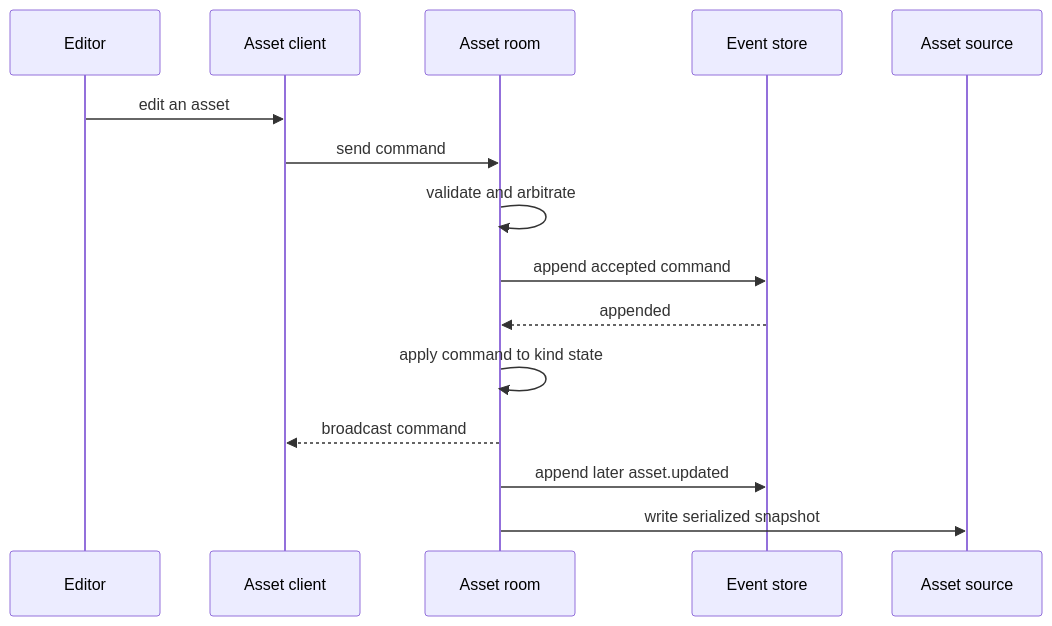
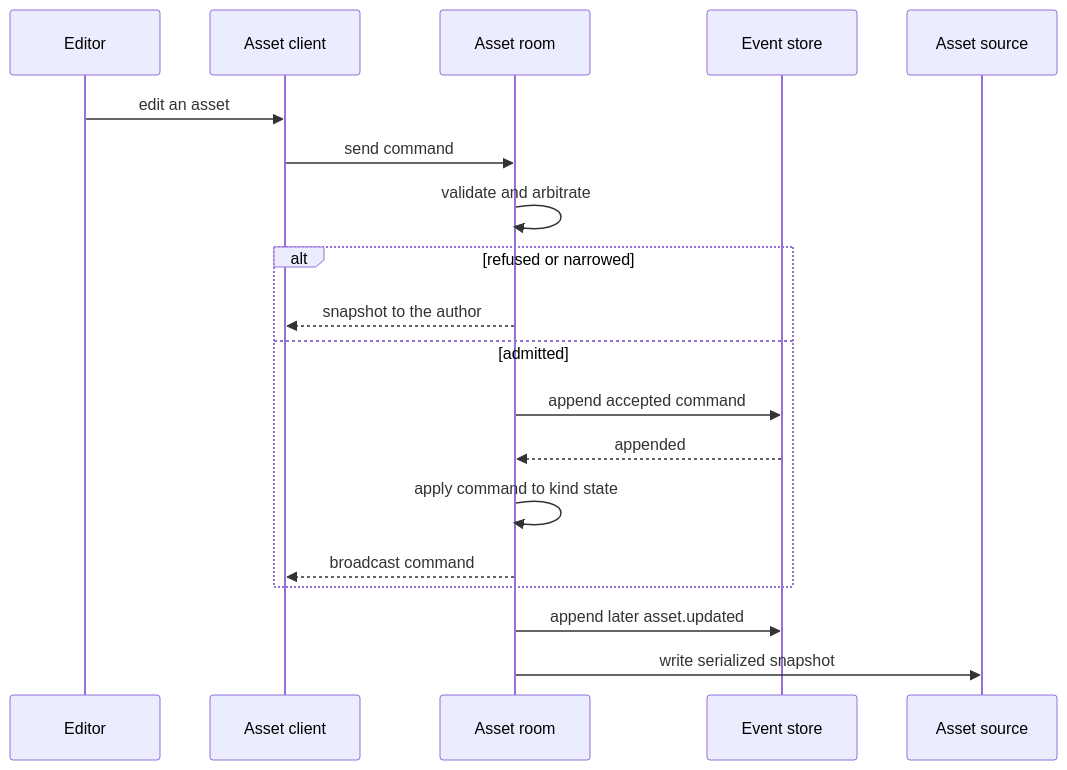
Before and after one commit to JollyPixel/editor: the second of 2 diagrams in packages/assets/ARCHITECTURE.md, drawn with Mermaid. The commit also changed other lines of this file and 82 other files, not shown here.

````diff
--- a/packages/assets/ARCHITECTURE.md
+++ b/packages/assets/ARCHITECTURE.md
@@ -32,18 +32,22 @@
 ```mermaid
 sequenceDiagram
     participant Editor
     participant Client as Asset client
     participant Room as Asset room
     participant Store as Event store
     participant Source as Asset source
 
     Editor->>Client: edit an asset
     Client->>Room: send command
     Room->>Room: validate and arbitrate
-    Room->>Store: append accepted command
-    Store-->>Room: appended
-    Room->>Room: apply command to kind state
-    Room-->>Client: broadcast command
+    alt refused or narrowed
+        Room-->>Client: snapshot to the author
+    else admitted
+        Room->>Store: append accepted command
+        Store-->>Room: appended
+        Room->>Room: apply command to kind state
+        Room-->>Client: broadcast command
+    end
     Room->>Store: append later asset.updated
     Room->>Source: write serialized snapshot
 ```
````
